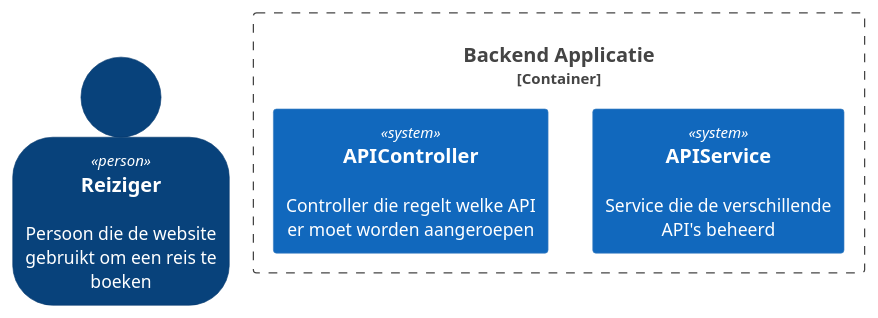
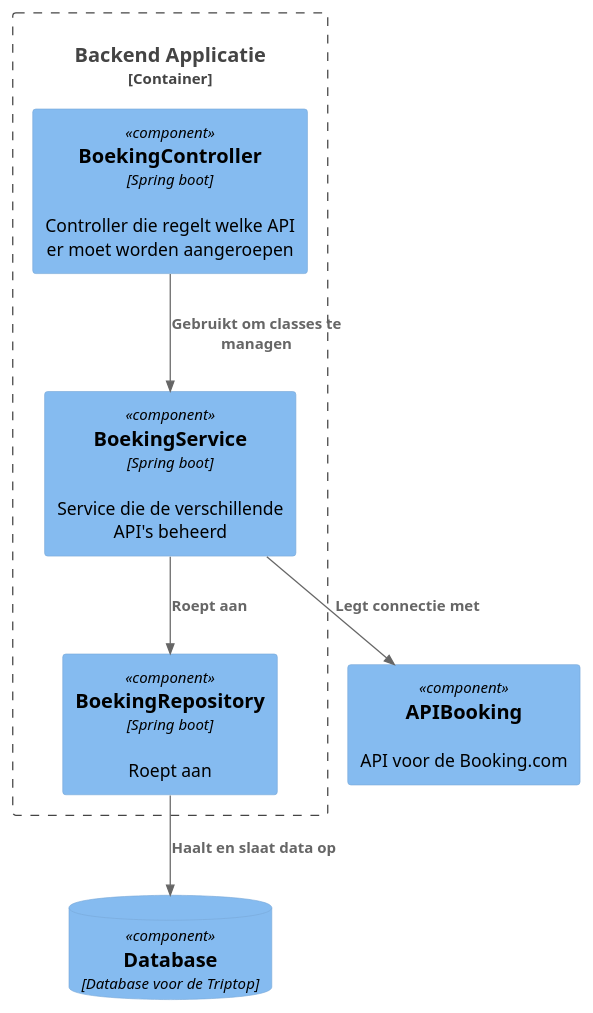
The diagram in Week2Les3Voorbereiding/Component-diagram.puml (AIM-ENE-feb25/triptop-sqr-tech), drawn with PlantUML before and after one commit. The commit also changed 1 other file, not shown here.

Commit message:
component diagram

```diff
--- a/Week2Les3Voorbereiding/Component-diagram.puml
+++ b/Week2Les3Voorbereiding/Component-diagram.puml
@@ -2,13 +2,20 @@
 @startuml
 
-!include https://raw.githubusercontent.com/plantuml-stdlib/C4-PlantUML/master/C4_Container.puml
+!include https://raw.githubusercontent.com/plantuml-stdlib/C4-PlantUML/master/C4_Component.puml
 
-SHOW_PERSON_OUTLINE()
-Person(Gebruiker, "Reiziger", "Persoon die de website gebruikt om een reis te boeken")
+
 Container_Boundary("Triptop", "Backend Applicatie") {
-System(APIService, "APIService", "Service die de verschillende API's beheerd")
-System(APIController, "APIController", "Controller die regelt welke API er moet worden aangeroepen")
+Component(BoekingService, "BoekingService", "Spring boot","Service die de verschillende API's beheerd")
+Component(BoekingController, "BoekingController", "Spring boot","Controller die regelt welke API er moet worden aangeroepen")
+Component(BoekingRepository, "BoekingRepository", "Spring boot","Roept aan")
 
 }
+ComponentDb(Database, "Database", "Database voor de Triptop")
+Component(APIBooking, "APIBooking", "", "API voor de Booking.com")
 
+
+Rel(BoekingService, APIBooking, "Legt connectie met")
+Rel(BoekingController, BoekingService, "Gebruikt om classes te managen")
+Rel(BoekingService, "BoekingRepository", "Roept aan")
+Rel(BoekingRepository, Database, "Haalt en slaat data op")
 @enduml
```
